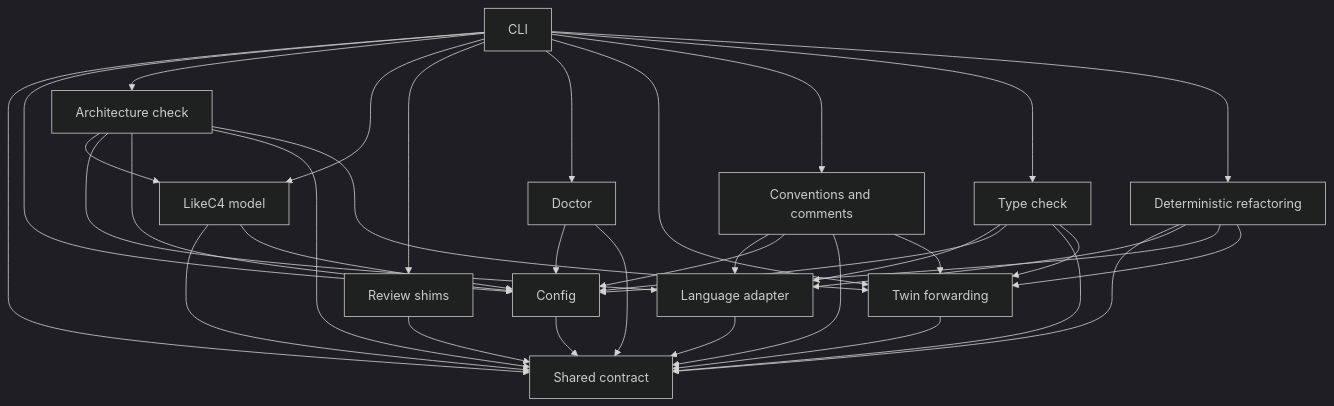
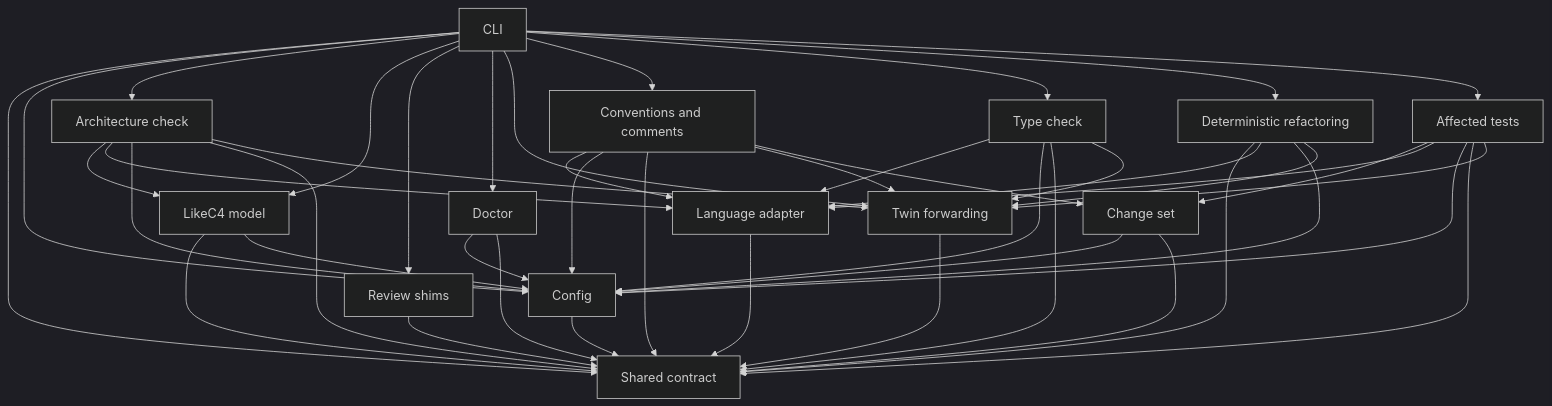
The second of 2 diagrams in architecture/system.arc42.md (MotleyAI/living-architecture), drawn with Mermaid (dark theme) before and after one commit. The commit also changed other lines of this file and 61 other files, not shown here.

````diff
--- a/architecture/system.arc42.md
+++ b/architecture/system.arc42.md
@@ -65,51 +76,62 @@
 ```mermaid
 flowchart TD
   %% npm: npm twin
   contract["Shared contract"]
   config["Config"]
   cli["CLI"]
   c4["LikeC4 model"]
   archcheck["Architecture check"]
   lang["Language adapter"]
   review["Review shims"]
   doctor["Doctor"]
   twin["Twin forwarding"]
   conventions["Conventions and comments"]
   typecheck["Type check"]
   refactor["Deterministic refactoring"]
+  changes["Change set"]
+  affected["Affected tests"]
   cli --> contract
   cli --> config
   cli --> archcheck
   cli --> c4
   cli --> review
   cli --> doctor
   cli --> twin
   archcheck --> c4
   archcheck --> lang
   archcheck --> config
   archcheck --> contract
   archcheck --> twin
   lang --> contract
   c4 --> contract
   c4 --> config
   config --> contract
   review --> contract
   doctor --> config
   doctor --> contract
   twin --> contract
   cli --> conventions
   cli --> typecheck
   conventions --> lang
   conventions --> config
   conventions --> contract
   conventions --> twin
   typecheck --> lang
   typecheck --> config
   typecheck --> contract
   typecheck --> twin
   cli --> refactor
   refactor --> contract
   refactor --> lang
   refactor --> config
   refactor --> twin
+  cli --> affected
+  affected --> changes
+  affected --> lang
+  affected --> config
+  affected --> contract
+  affected --> twin
+  conventions --> changes
+  changes --> config
+  changes --> contract
 ```
````
